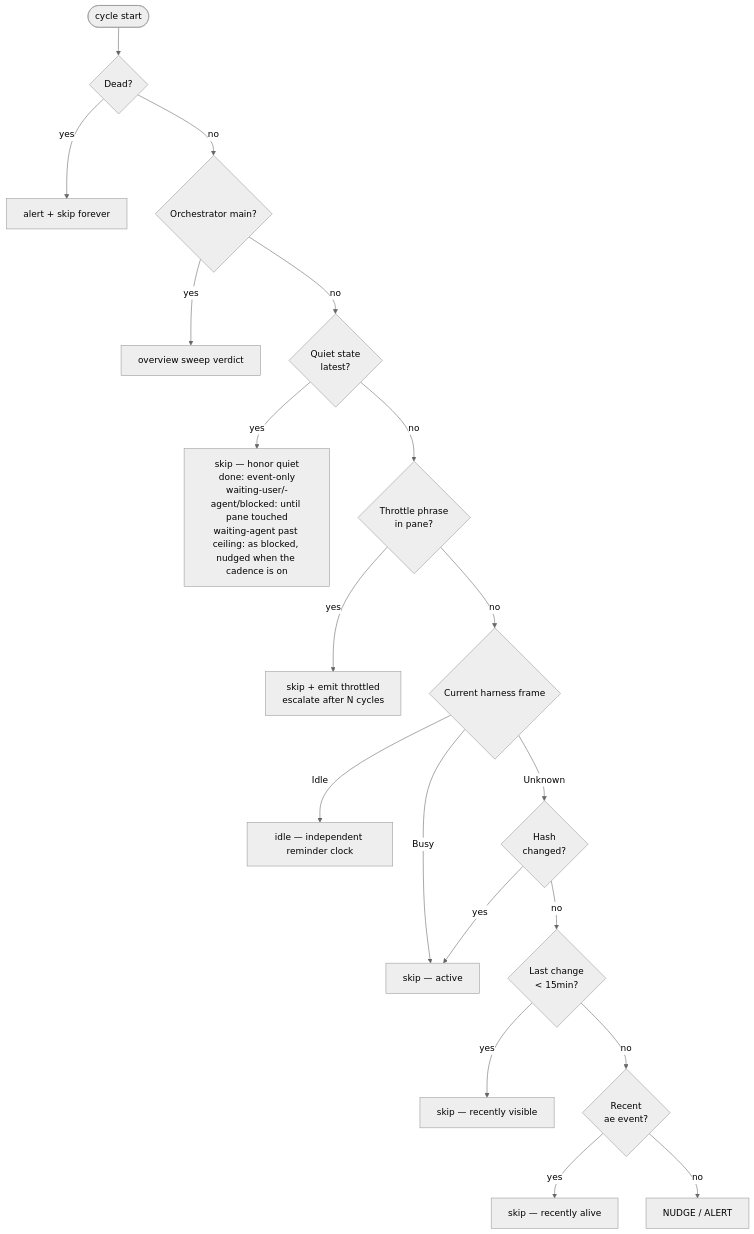
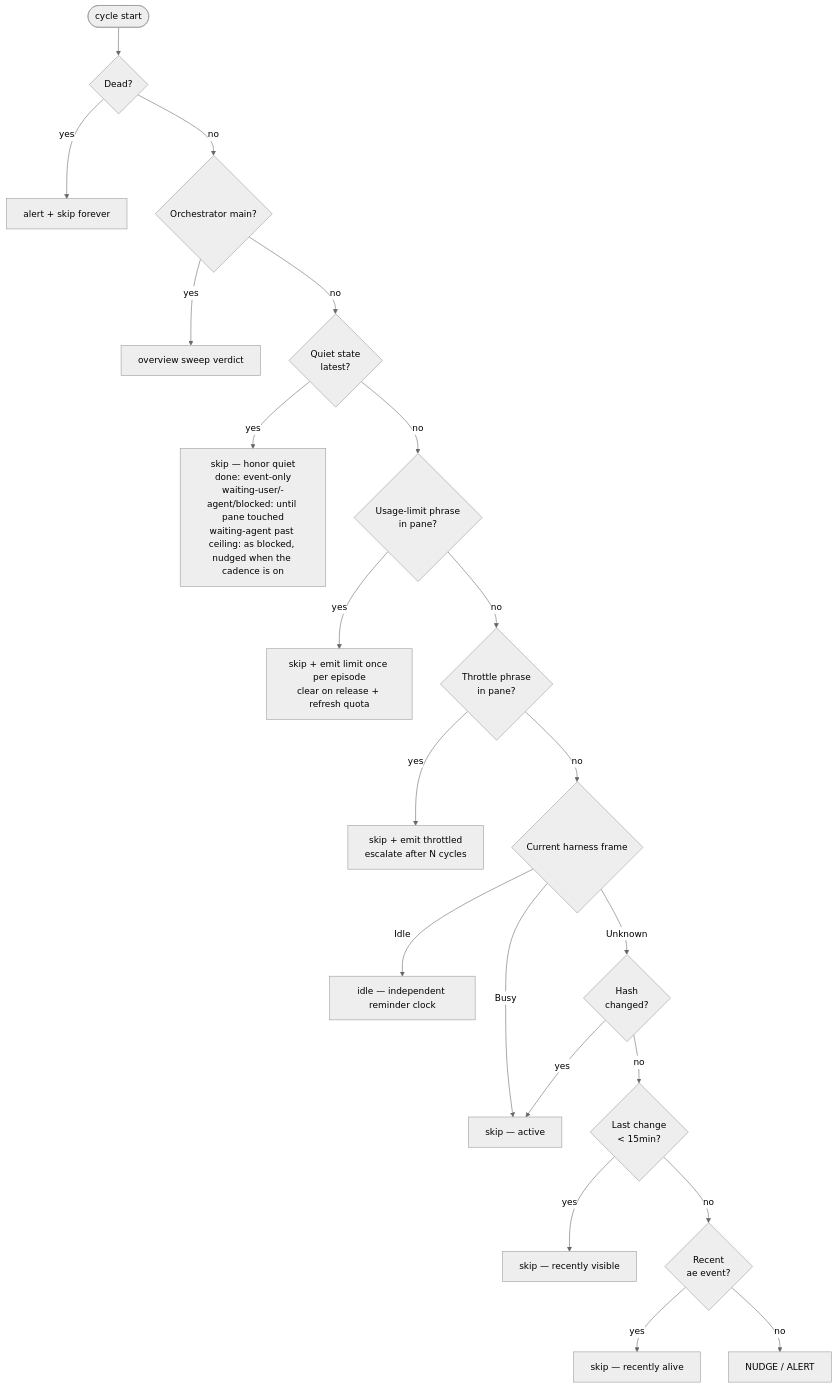
The first of 2 diagrams in docs/internals/watchdog.md (clemens33/ae), drawn with Mermaid (neutral theme) before and after one commit. The commit also changed other lines of this file and 8 other files, not shown here.

Commit message:
watchdog,list: a limit verdict for a pane showing the vendor usage limit

````diff
--- a/docs/internals/watchdog.md
+++ b/docs/internals/watchdog.md
@@ -155,21 +155,23 @@
 ```mermaid
 flowchart TD
     Start([cycle start]) --> Dead{Dead?}
     Dead -- yes --> AlertDead[alert + skip forever]
     Dead -- no --> Meta{Orchestrator main?}
     Meta -- yes --> Sweep[overview sweep verdict]
     Meta -- no --> Done{Quiet state<br/>latest?}
     Done -- yes --> SkipDone[skip — honor quiet<br/>done: event-only<br/>waiting-user/-agent/blocked: until pane touched<br/>waiting-agent past ceiling: as blocked, nudged when the cadence is on]
-    Done -- no --> Throttled{Throttle phrase<br/>in pane?}
+    Done -- no --> Limit{Usage-limit phrase<br/>in pane?}
+    Limit -- yes --> SkipLimit[skip + emit limit once per episode<br/>clear on release + refresh quota]
+    Limit -- no --> Throttled{Throttle phrase<br/>in pane?}
     Throttled -- yes --> SkipThrottle[skip + emit throttled<br/>escalate after N cycles]
     Throttled -- no --> Frame{Current harness frame}
     Frame -- Busy --> MarkActive[working — clear stale alert]
     Frame -- Idle --> MarkIdle[idle — independent reminder clock]
     Frame -- Unknown --> Active{Hash<br/>changed?}
     Active -- yes --> MarkActive[skip — active]
     Active -- no --> RecentVis{Last change<br/>&lt; 15min?}
     RecentVis -- yes --> SkipVis[skip — recently visible]
     RecentVis -- no --> RecentAlive{Recent<br/>ae event?}
     RecentAlive -- yes --> SkipAlive[skip — recently alive]
     RecentAlive -- no --> Stale[NUDGE / ALERT]
 ```
````
